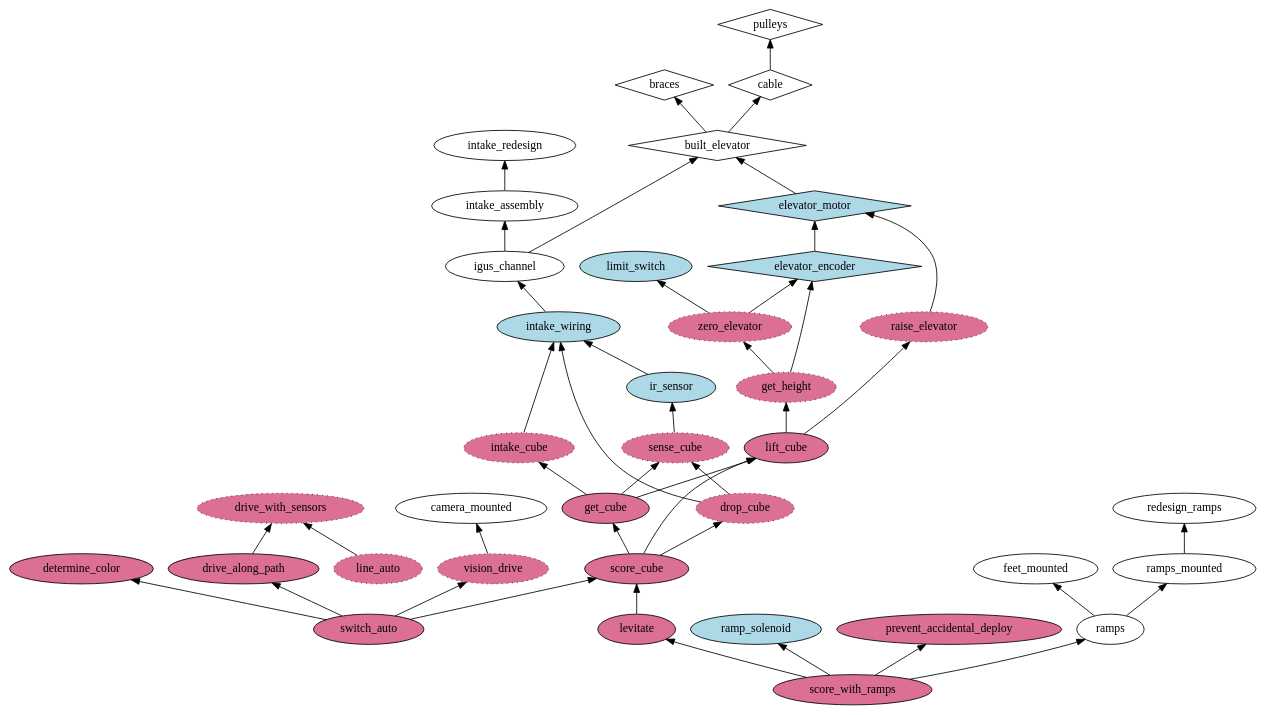
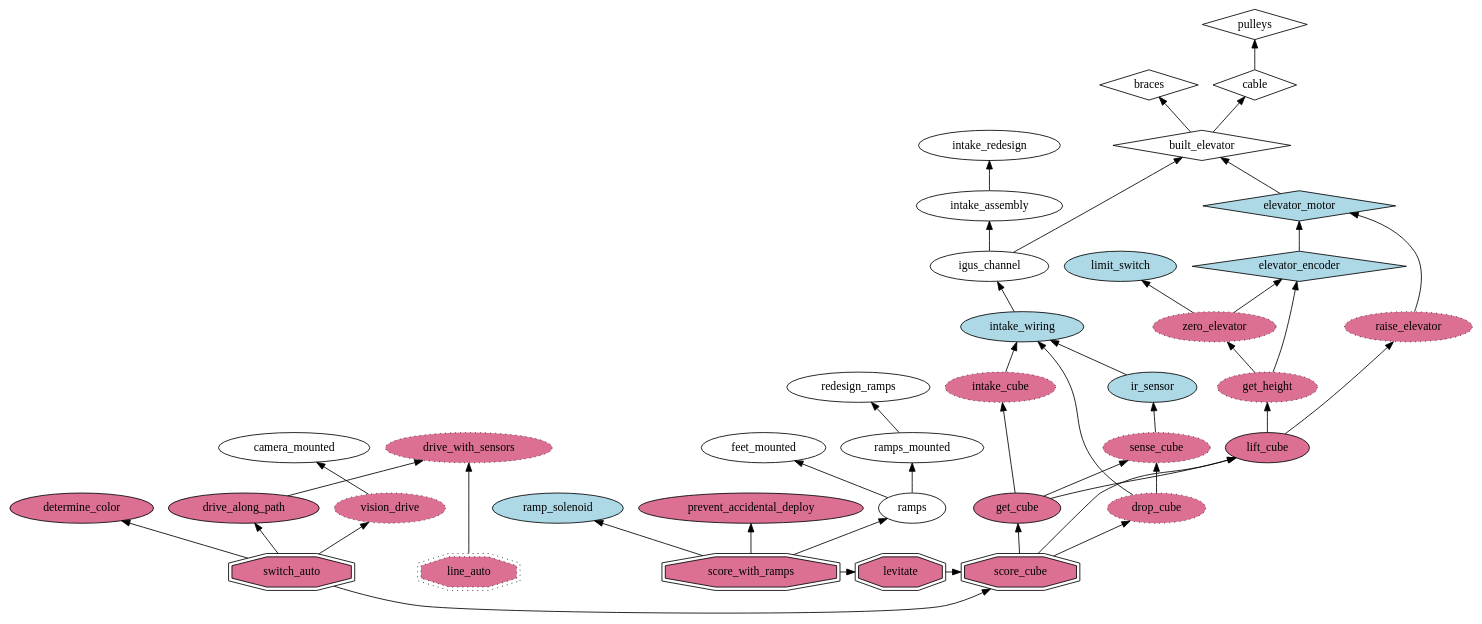
One commit to AmpdRobotics/PowerUp changed the diagram in powerupDependencyGraph.dot. Above: the diagram before and after it, drawn with Graphviz.

Commit message:
Added goals subgraphs

```diff
--- a/powerupDependencyGraph.dot
+++ b/powerupDependencyGraph.dot
@@ -1,75 +1,89 @@
 digraph g {
 	rankdir=BT
 	ordering=out
 	subgraph complete {
 		node[shape=diamond]
 		pulleys; cable; braces; built_elevator;
 	}
 	subgraph complete_electrical {
 		node[style=filled, fillcolor=lightblue, shape=diamond]
 		elevator_motor; elevator_encoder;
+	}
+	subgraph complete_goals {
+		rank=min
+		node[style=filled, fillcolor=palevioletred, shape=Mdiamond]
+	}
+	subgraph untested_goals {
+		rank=min
+		node[style="filled,dotted", fillcolor=palevioletred, shape=doubleoctagon]
+		line_auto;
+	}
+	subgraph goals {
+		rank=min
+		node[style=filled, fillcolor=palevioletred, shape=doubleoctagon]
+		score_cube; switch_auto; line_auto; levitate; score_with_ramps;
 	}
 	subgraph complete_programming {
 		node[style=filled, fillcolor=palevioletred, shape=diamond]
 	}
 	subgraph untested_programming {
 		node[style="filled,dotted", fillcolor=palevioletred]
 		sense_cube; drop_cube; raise_elevator; drive_with_sensors;
 		sense_cube; zero_elevator; raise_elevator; get_height; intake_cube;
 		vision_drive; line_auto;
 	}
 	subgraph programming {
 		node[style=filled, fillcolor=palevioletred]
 		score_cube; switch_auto; determine_color;
 		drive_along_path; vision_drive; score_with_ramps;
 		prevent_accidental_deploy; levitate; lift_cube; get_cube;
 		line_auto;
 	}
 	subgraph electrical {
 		node[style=filled, fillcolor=lightblue]
 		intake_wiring; ir_sensor; limit_switch; elevator_encoder; ramp_solenoid
 	}
 
 	score_cube -> get_cube
 	score_cube -> lift_cube
 	score_cube -> drop_cube
 	get_cube -> intake_cube
 	get_cube -> sense_cube
 	get_cube -> lift_cube
 	lift_cube -> get_height
 	lift_cube -> raise_elevator
 	built_elevator -> braces
 	built_elevator -> cable
 	cable -> pulleys
 	raise_elevator -> elevator_motor
 	elevator_motor -> built_elevator
 	get_height -> zero_elevator
 	zero_elevator -> limit_switch
 	get_height -> elevator_encoder
 	elevator_encoder -> elevator_motor
 	zero_elevator -> elevator_encoder
 	intake_cube -> intake_wiring
 	intake_wiring -> igus_channel
 	igus_channel -> intake_assembly
 	igus_channel -> built_elevator
 	intake_assembly -> intake_redesign
 	sense_cube -> ir_sensor
 	ir_sensor -> intake_wiring
 	drop_cube -> intake_wiring
 	drop_cube -> sense_cube
 	switch_auto -> determine_color
 	switch_auto -> drive_along_path
 	switch_auto -> vision_drive
 	switch_auto -> score_cube
 	line_auto -> drive_with_sensors
 	vision_drive -> camera_mounted
 	drive_along_path -> drive_with_sensors
 	score_with_ramps -> levitate
 	score_with_ramps -> ramp_solenoid
 	score_with_ramps -> prevent_accidental_deploy
 	score_with_ramps -> ramps
 	ramps -> feet_mounted
 	ramps -> ramps_mounted
 	ramps_mounted -> redesign_ramps
 	levitate -> score_cube
 }
```
